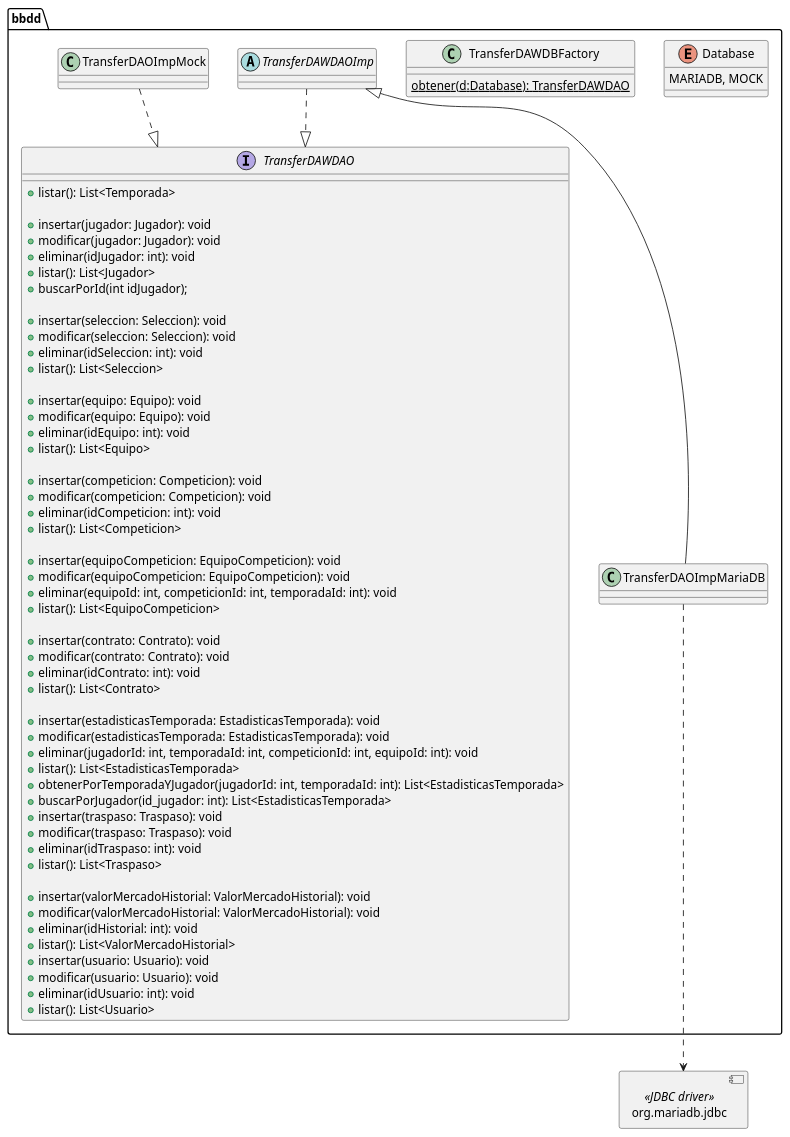
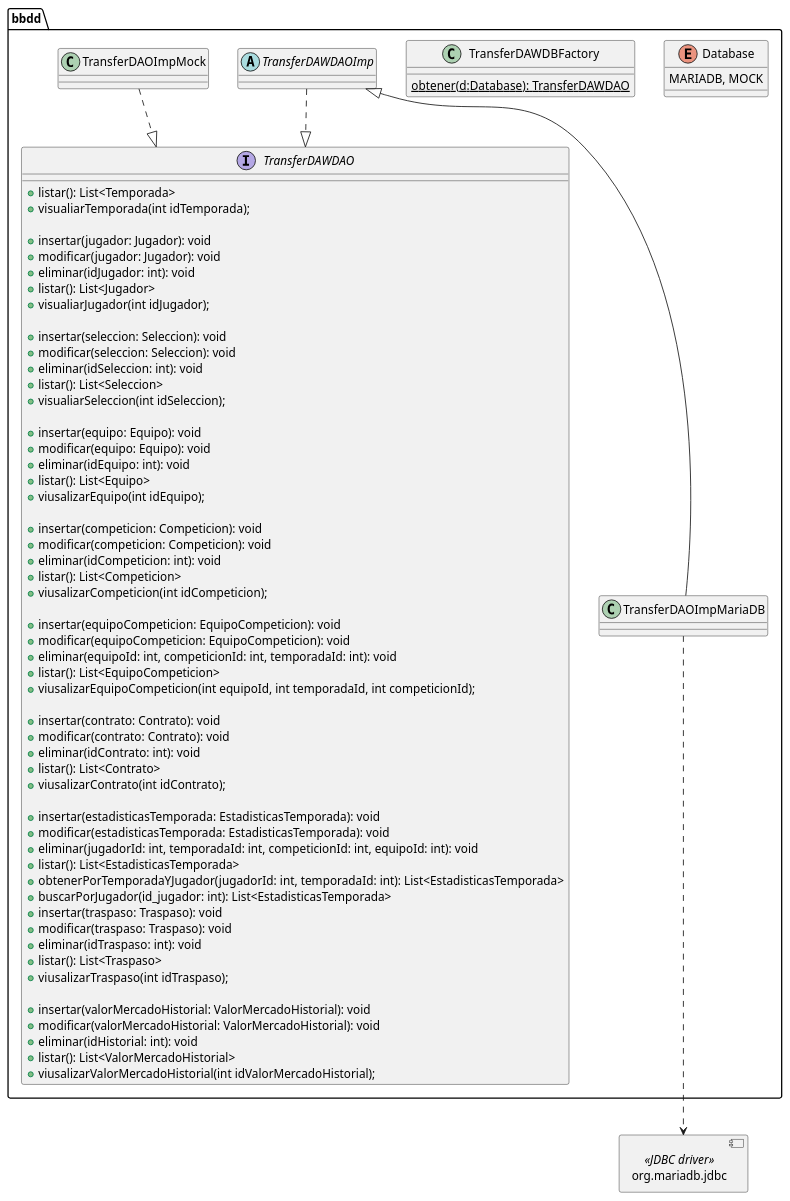
One commit to IR-Play88/TransferDAW changed the diagram in trasnferdaw/design/diagramas/diagrama_de_clases/ClasesBBDD.pu. Above: the diagram before and after it, drawn with PlantUML. The commit also changed 8 other files, not shown here.

Commit message:
He modificado el diagrama de componentes y clases de la bbdd y actualizado algunos metodos

```diff
--- a/trasnferdaw/design/diagramas/diagrama_de_clases/ClasesBBDD.pu
+++ b/trasnferdaw/design/diagramas/diagrama_de_clases/ClasesBBDD.pu
@@ -1,95 +1,97 @@
 @startuml bbdd
 allow_mixing
 set separator none
 top to bottom direction
     package bbdd{
         enum Database{
             MARIADB, MOCK
         }
 
         interface TransferDAWDAO {
-             +listar(): List<Temporada>
+            +listar(): List<Temporada>
+            +visualiarTemporada(int idTemporada);
 
             +insertar(jugador: Jugador): void
             +modificar(jugador: Jugador): void
             +eliminar(idJugador: int): void
             +listar(): List<Jugador>
-            +buscarPorId(int idJugador);
+            +visualiarJugador(int idJugador);
 
             +insertar(seleccion: Seleccion): void
             +modificar(seleccion: Seleccion): void
             +eliminar(idSeleccion: int): void
             +listar(): List<Seleccion>
+            +visualiarSeleccion(int idSeleccion);
 
             +insertar(equipo: Equipo): void
             +modificar(equipo: Equipo): void
             +eliminar(idEquipo: int): void
             +listar(): List<Equipo>
+            +viusalizarEquipo(int idEquipo);
 
             +insertar(competicion: Competicion): void
             +modificar(competicion: Competicion): void
             +eliminar(idCompeticion: int): void
             +listar(): List<Competicion>
+            +viusalizarCompeticion(int idCompeticion);
 
             +insertar(equipoCompeticion: EquipoCompeticion): void
             +modificar(equipoCompeticion: EquipoCompeticion): void
             +eliminar(equipoId: int, competicionId: int, temporadaId: int): void
             +listar(): List<EquipoCompeticion>
+            +viusalizarEquipoCompeticion(int equipoId, int temporadaId, int competicionId);
 
             +insertar(contrato: Contrato): void
             +modificar(contrato: Contrato): void
             +eliminar(idContrato: int): void
             +listar(): List<Contrato>
+            +viusalizarContrato(int idContrato);
 
             +insertar(estadisticasTemporada: EstadisticasTemporada): void
             +modificar(estadisticasTemporada: EstadisticasTemporada): void
             +eliminar(jugadorId: int, temporadaId: int, competicionId: int, equipoId: int): void
             +listar(): List<EstadisticasTemporada>
             +obtenerPorTemporadaYJugador(jugadorId: int, temporadaId: int): List<EstadisticasTemporada>
             +buscarPorJugador(id_jugador: int): List<EstadisticasTemporada>
 
 
             +insertar(traspaso: Traspaso): void
             +modificar(traspaso: Traspaso): void
             +eliminar(idTraspaso: int): void
             +listar(): List<Traspaso>
+            +viusalizarTraspaso(int idTraspaso);
 
             +insertar(valorMercadoHistorial: ValorMercadoHistorial): void
             +modificar(valorMercadoHistorial: ValorMercadoHistorial): void
             +eliminar(idHistorial: int): void
             +listar(): List<ValorMercadoHistorial>
-
-
-            +insertar(usuario: Usuario): void
-            +modificar(usuario: Usuario): void
-            +eliminar(idUsuario: int): void
-            +listar(): List<Usuario>
+            +viusalizarValorMercadoHistorial(int idValorMercadoHistorial);
         }
     
 
         class TransferDAWDBFactory{
             {static} obtener(d:Database): TransferDAWDAO
         }
 
         abstract TransferDAWDAOImp {       
 
         }
 
         class TransferDAOImpMock{
 
         }
 
         class TransferDAOImpMariaDB{
             
         }
            
     }
 
     component org.mariadb.jdbc <<JDBC driver>>
 
     TransferDAOImpMariaDB ..> org.mariadb.jdbc
     TransferDAWDAOImp <|-- TransferDAOImpMariaDB
     TransferDAWDAOImp..|> TransferDAWDAO
     TransferDAOImpMock..|> TransferDAWDAO 
     
 @enduml
```
